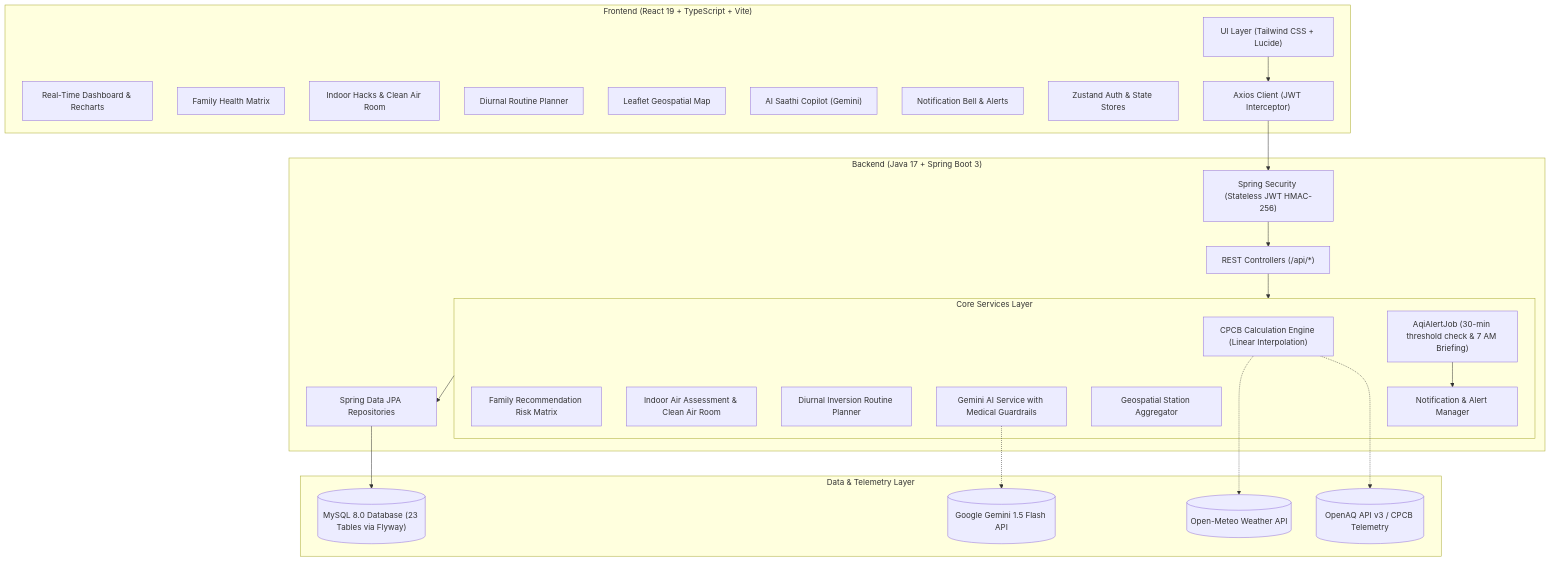
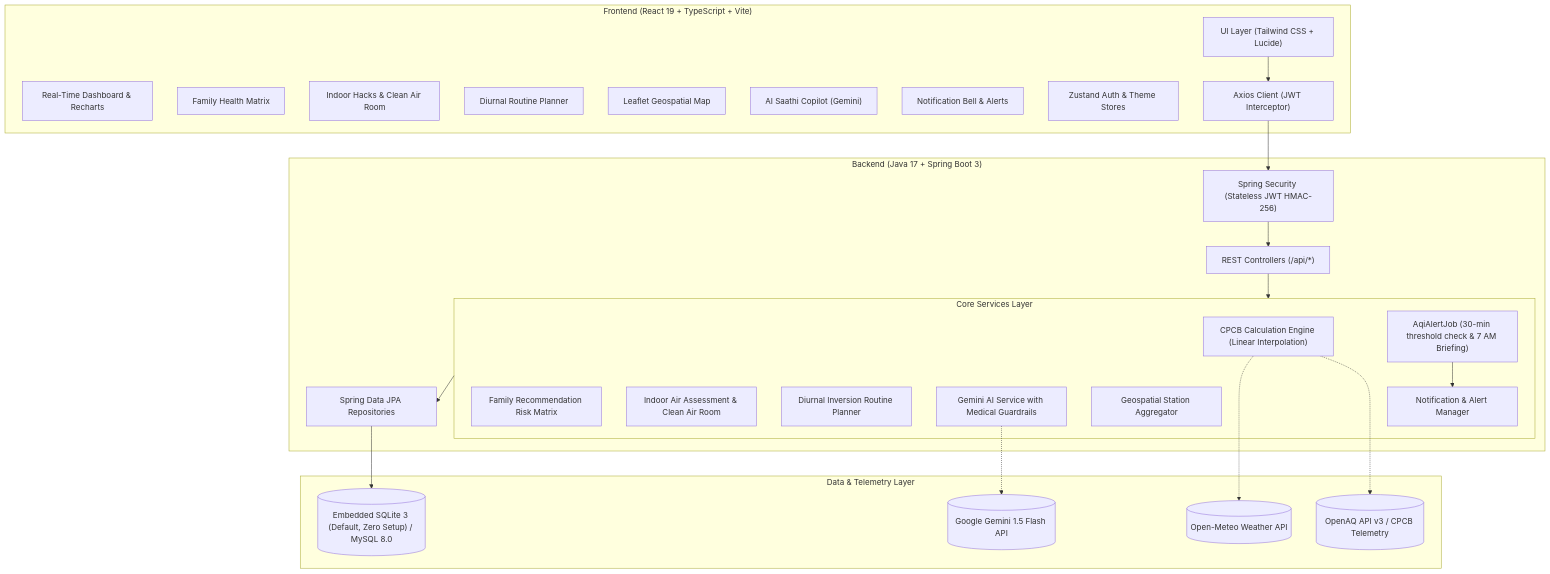
The diagram in README.md (gondchawarswaraj45/SaansSaathi), drawn with Mermaid before and after one commit. The commit also changed other lines of this file and 11 other files, not shown here.

````diff
--- a/README.md
+++ b/README.md
@@ -34,51 +52,51 @@
 ```mermaid
 flowchart TD
     subgraph Client ["Frontend (React 19 + TypeScript + Vite)"]
         UI["UI Layer (Tailwind CSS + Lucide)"]
         Dashboard["Real-Time Dashboard & Recharts"]
         FamilyModule["Family Health Matrix"]
         IndoorModule["Indoor Hacks & Clean Air Room"]
         PlannerModule["Diurnal Routine Planner"]
         MapModule["Leaflet Geospatial Map"]
         AIChat["AI Saathi Copilot (Gemini)"]
         NotifBell["Notification Bell & Alerts"]
-        Zustand["Zustand Auth & State Stores"]
+        Zustand["Zustand Auth & Theme Stores"]
         Axios["Axios Client (JWT Interceptor)"]
     end
 
     subgraph Backend ["Backend (Java 17 + Spring Boot 3)"]
         Security["Spring Security (Stateless JWT HMAC-256)"]
         REST["REST Controllers (/api/*)"]
         
         subgraph CoreServices ["Core Services Layer"]
             AQIEngine["CPCB Calculation Engine (Linear Interpolation)"]
             RecEngine["Family Recommendation Risk Matrix"]
             IndoorService["Indoor Air Assessment & Clean Air Room"]
             PlannerService["Diurnal Inversion Routine Planner"]
             AIService["Gemini AI Service with Medical Guardrails"]
             MapService["Geospatial Station Aggregator"]
             NotifService["Notification & Alert Manager"]
             Scheduler["AqiAlertJob (30-min threshold check & 7 AM Briefing)"]
         end
 
         JPA["Spring Data JPA Repositories"]
     end
 
     subgraph DataLayer ["Data & Telemetry Layer"]
-        MySQL[("MySQL 8.0 Database (23 Tables via Flyway)")]
+        SQLite[("Embedded SQLite 3 (Default, Zero Setup) / MySQL 8.0")]
         OpenAQ[("OpenAQ API v3 / CPCB Telemetry")]
         OpenMeteo[("Open-Meteo Weather API")]
         GeminiAPI[("Google Gemini 1.5 Flash API")]
     end
 
     UI --> Axios
     Axios --> Security
     Security --> REST
     REST --> CoreServices
     CoreServices --> JPA
-    JPA --> MySQL
+    JPA --> SQLite
     AQIEngine -.-> OpenAQ
     AQIEngine -.-> OpenMeteo
     AIService -.-> GeminiAPI
     Scheduler --> NotifService
 ```
````
